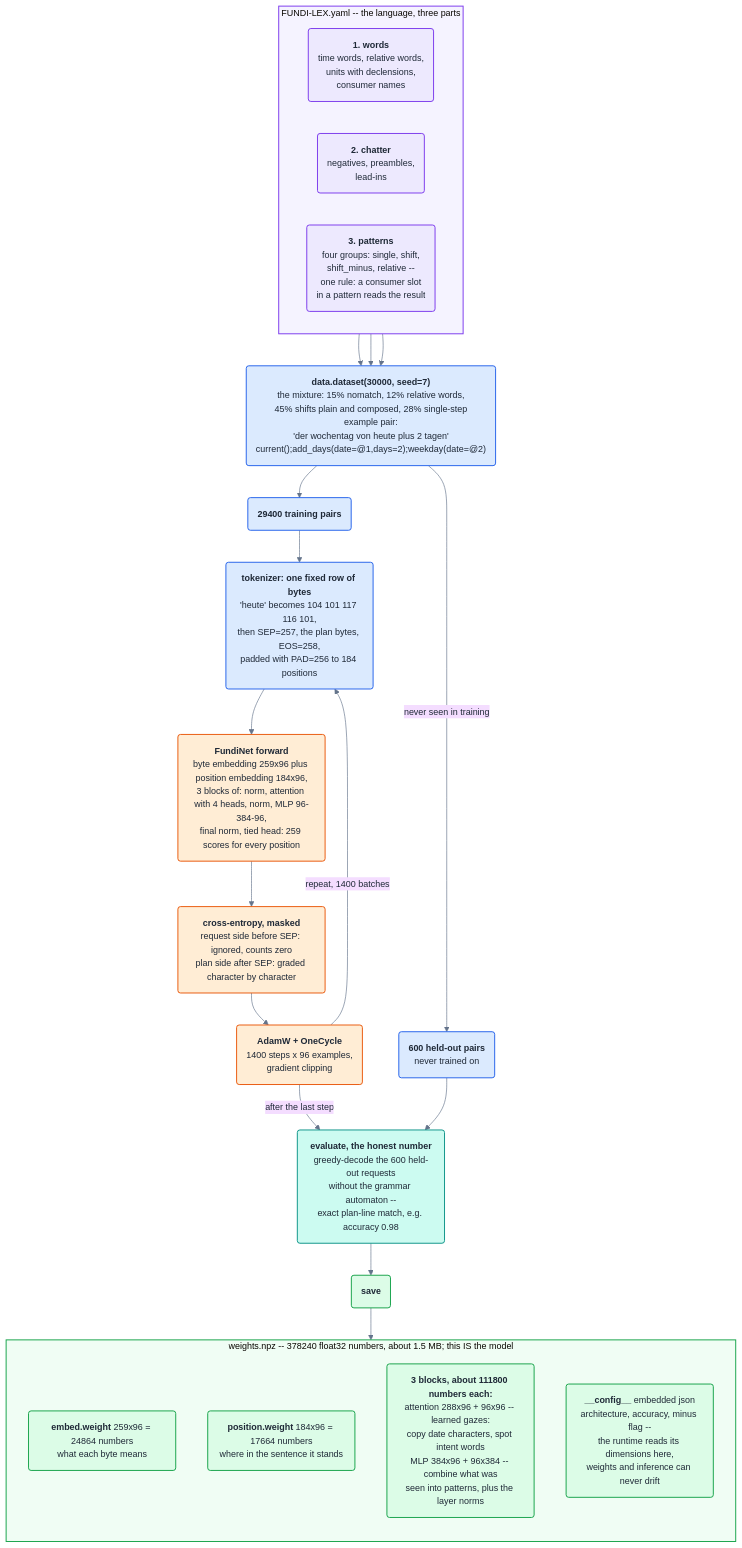
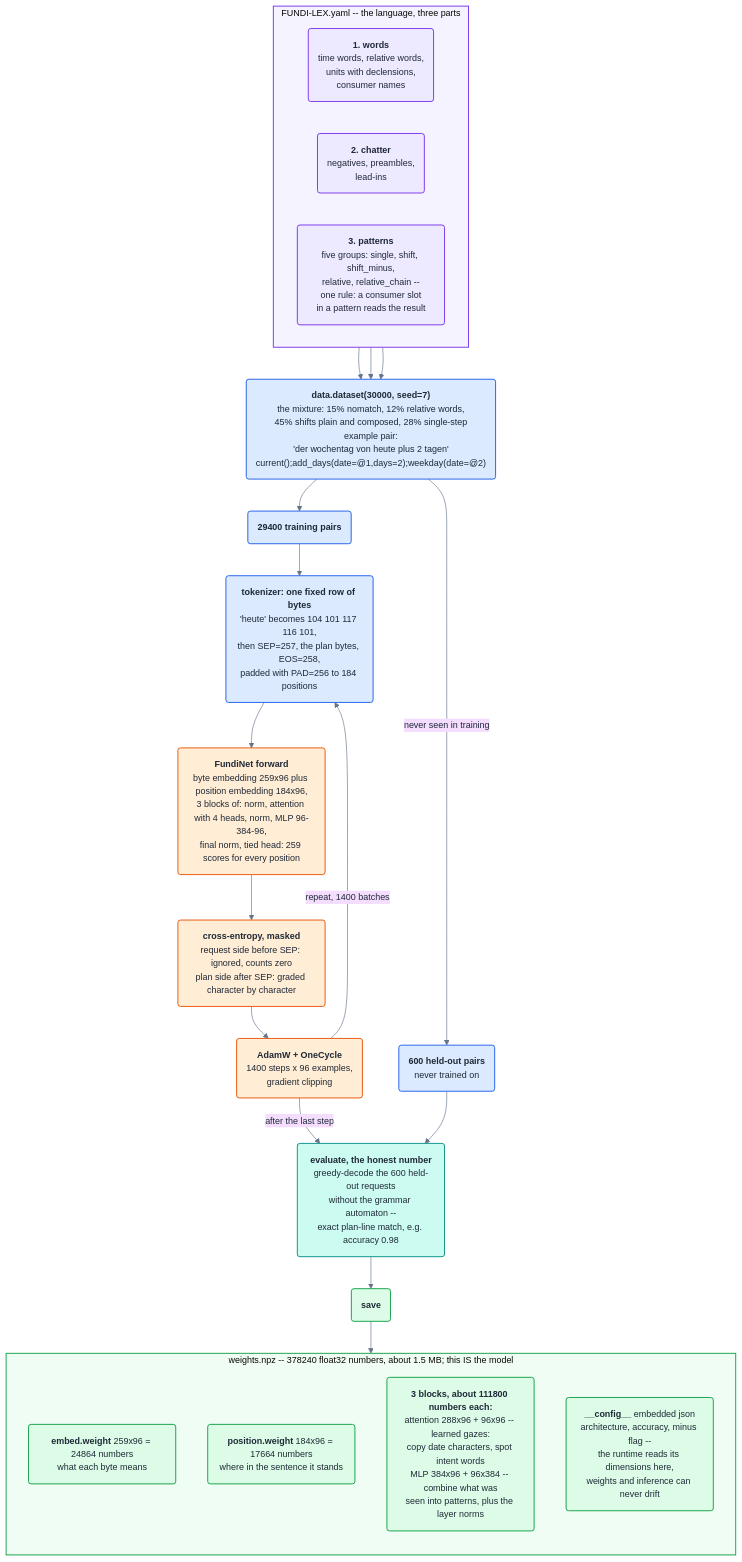
The third of 3 diagrams in tokeo/templates/generate/project/{{app_label}}/core/fundi/FUNDI-LLM.md (tokeo/tokeo), drawn with Mermaid before and after one commit. The commit also changed other lines of this file and 3 other files, not shown here.

````diff
--- a/tokeo/templates/generate/project/{{app_label}}/core/fundi/FUNDI-LLM.md
+++ b/tokeo/templates/generate/project/{{app_label}}/core/fundi/FUNDI-LLM.md
@@ -324,53 +344,53 @@
 ```mermaid
 %%{init: {"theme": "base", "themeVariables": {"primaryTextColor": "#1f2937", "lineColor": "#64748b", "fontSize": "14px"}}}%%
 flowchart TD
     subgraph LEXP["FUNDI-LEX.yaml -- the language, three parts"]
         direction LR
         LW("<b>1. words</b><br/>time words, relative words,<br/>units with declensions,<br/>consumer names")
         LC("<b>2. chatter</b><br/>negatives, preambles,<br/>lead-ins")
-        LP("<b>3. patterns</b><br/>four groups: single, shift,<br/>shift_minus, relative --<br/>one rule: a consumer slot<br/>in a pattern reads the result")
+        LP("<b>3. patterns</b><br/>five groups: single, shift, shift_minus,<br/>relative, relative_chain --<br/>one rule: a consumer slot<br/>in a pattern reads the result")
     end
 
     GEN("<b>data.dataset(30000, seed=7)</b><br/>the mixture: 15% nomatch, 12% relative words,<br/>45% shifts plain and composed, 28% single-step<br/>example pair:<br/>'der wochentag von heute plus 2 tagen'<br/>current();add_days(date=@1,days=2);weekday(date=@2)")
     HELD("<b>600 held-out pairs</b><br/>never trained on")
     TRAIN("<b>29400 training pairs</b>")
     TOK("<b>tokenizer: one fixed row of bytes</b><br/>'heute' becomes 104 101 117 116 101,<br/>then SEP=257, the plan bytes, EOS=258,<br/>padded with PAD=256 to 184 positions")
     NET("<b>FundiNet forward</b><br/>byte embedding 259x96 plus position embedding 184x96,<br/>3 blocks of: norm, attention with 4 heads, norm, MLP 96-384-96,<br/>final norm, tied head: 259 scores for every position")
     LOSS("<b>cross-entropy, masked</b><br/>request side before SEP: ignored, counts zero<br/>plan side after SEP: graded character by character")
     OPT("<b>AdamW + OneCycle</b><br/>1400 steps x 96 examples,<br/>gradient clipping")
     EVAL("<b>evaluate, the honest number</b><br/>greedy-decode the 600 held-out requests<br/>without the grammar automaton --<br/>exact plan-line match, e.g. accuracy 0.98")
     SAVE("<b>save</b>")
 
     LW --> GEN
     LC --> GEN
     LP --> GEN
     GEN -->|"never seen in training"| HELD
     GEN --> TRAIN
     TRAIN --> TOK --> NET --> LOSS --> OPT
     OPT -->|"repeat, 1400 batches"| TOK
     OPT -->|"after the last step"| EVAL
     HELD --> EVAL
     EVAL --> SAVE
 
     subgraph NPZ["weights.npz -- 378240 float32 numbers, about 1.5 MB; this IS the model"]
         direction TB
         W1("<b>embed.weight</b> 259x96 = 24864 numbers<br/>what each byte means")
         W2("<b>position.weight</b> 184x96 = 17664 numbers<br/>where in the sentence it stands")
         W3("<b>3 blocks, about 111800 numbers each:</b><br/>attention 288x96 + 96x96 -- learned gazes:<br/>copy date characters, spot intent words<br/>MLP 384x96 + 96x384 -- combine what was<br/>seen into patterns, plus the layer norms")
         W4("<b>__config__</b> embedded json<br/>architecture, accuracy, minus flag --<br/>the runtime reads its dimensions here,<br/>weights and inference can never drift")
     end
     SAVE --> NPZ
 
     classDef lang fill:#ede9fe,stroke:#7c3aed,stroke-width:1.5px,color:#1f2937,rx:4px,ry:4px
     classDef data fill:#dbeafe,stroke:#2563eb,stroke-width:1.5px,color:#1f2937,rx:4px,ry:4px
     classDef train fill:#ffedd5,stroke:#ea580c,stroke-width:1.5px,color:#1f2937,rx:4px,ry:4px
     classDef eval fill:#ccfbf1,stroke:#0d9488,stroke-width:1.5px,color:#1f2937,rx:4px,ry:4px
     classDef out fill:#dcfce7,stroke:#16a34a,stroke-width:1.5px,color:#1f2937,rx:4px,ry:4px
     class LW,LC,LP lang
     class GEN,HELD,TRAIN,TOK data
     class NET,LOSS,OPT train
     class EVAL eval
     class SAVE,W1,W2,W3,W4 out
     style LEXP fill:#f5f3ff,stroke:#7c3aed,stroke-width:1.5px
     style NPZ fill:#f0fdf4,stroke:#16a34a,stroke-width:1.5px
 ```
````
